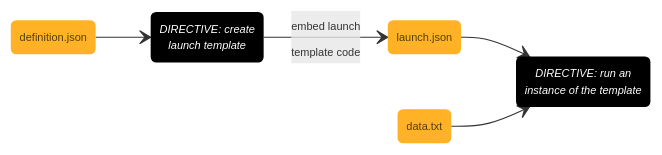
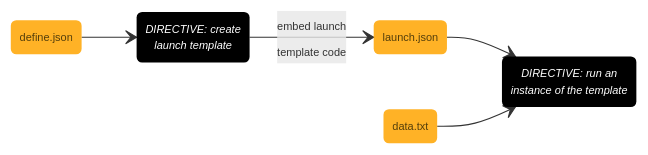
The diagram in src/instances/README.md (membranes/iac), drawn with Mermaid before and after one commit.

````diff
--- a/src/instances/README.md
+++ b/src/instances/README.md
@@ -7,18 +7,18 @@
 ```mermaid
 stateDiagram-v2
     direction LR
     
-    id01: definition.json
+    id01: define.json
     id02: DIRECTIVE#58; create<br>launch template
     id03: launch.json
     id04: data.txt
     id05: DIRECTIVE#58; run an<br>instance of the template
     
     id01:::feeds --> id02
     id02:::steps --> id03 : <span style='font-size#58;x-small'>embed launch<br>template code</span>
     id03:::feeds --> id05:::steps
     id04:::feeds --> id05
 
     classDef feeds fill:orange,stroke-width:0,font-size:x-small,opacity:0.85;
     classDef steps fill:#000000,color:white,font-style:italic,stroke-width:0,font-size:x-small,opacity:1;
 ```
````
